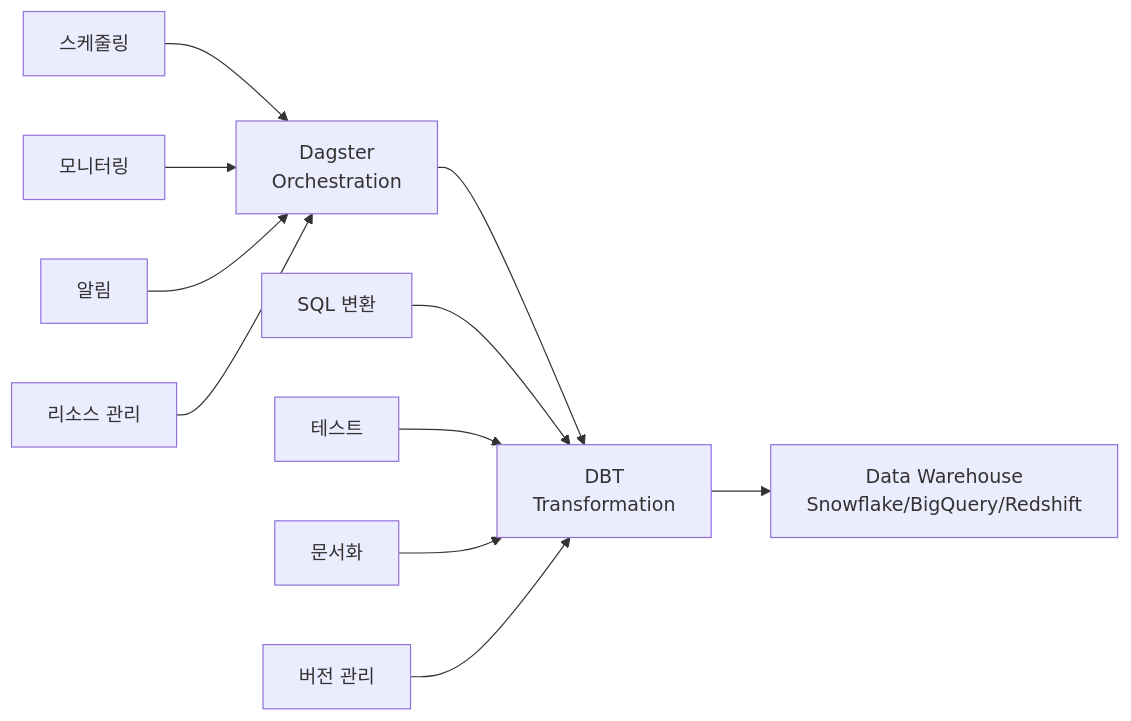
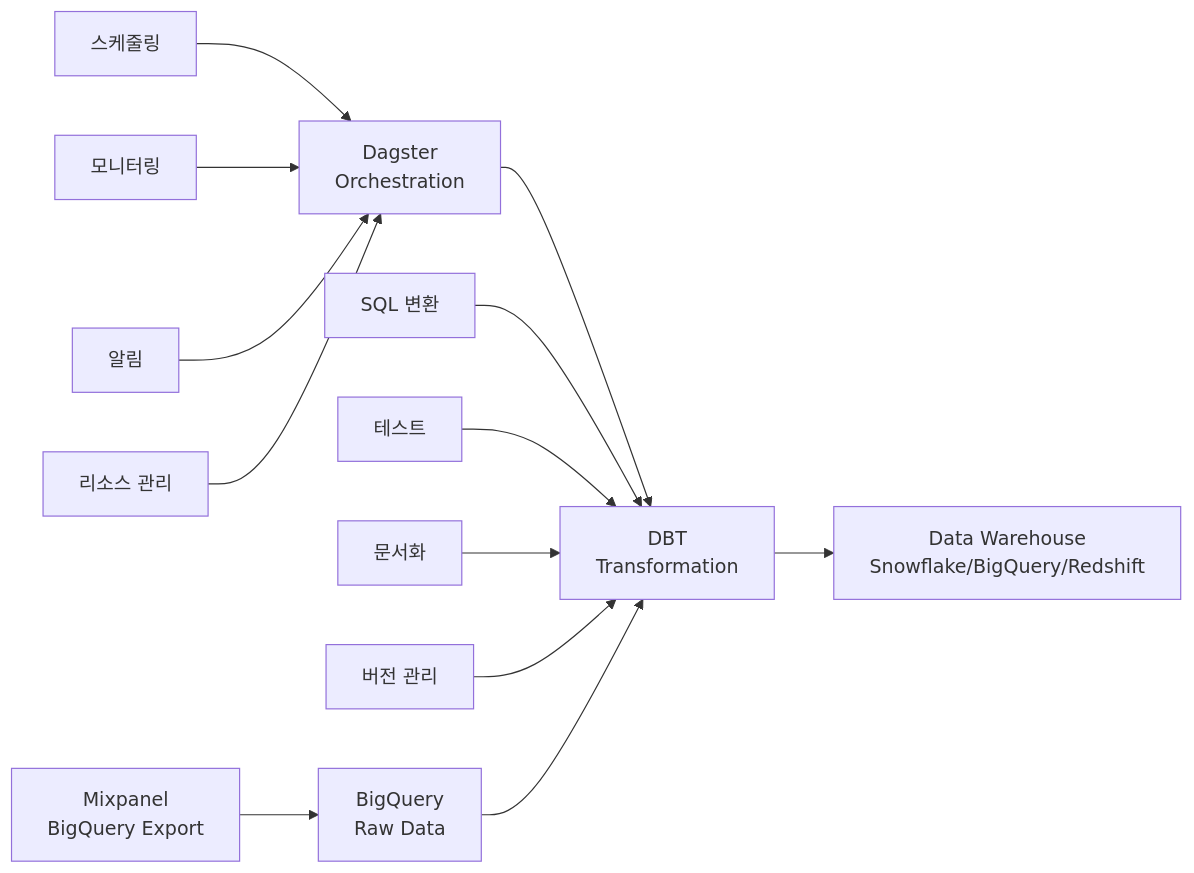
One commit to easdkr/tech-blog changed the second of 6 diagrams in docs/posts/data-engineering/dagster-basics.md. Above: the diagram before and after it, drawn with Mermaid. The commit also changed other lines of this file and 1 other file, not shown here.

````diff
--- a/docs/posts/data-engineering/dagster-basics.md
+++ b/docs/posts/data-engineering/dagster-basics.md
@@ -638,15 +638,18 @@
 ```mermaid
 graph LR
     A[Dagster<br/>Orchestration] --> B[DBT<br/>Transformation]
     B --> C[Data Warehouse<br/>Snowflake/BigQuery/Redshift]
     
     A1[스케줄링] --> A
     A2[모니터링] --> A
     A3[알림] --> A
     A4[리소스 관리] --> A
     
     B1[SQL 변환] --> B
     B2[테스트] --> B
     B3[문서화] --> B
     B4[버전 관리] --> B
+    
+    D[Mixpanel<br/>BigQuery Export] --> E[BigQuery<br/>Raw Data]
+    E --> B
 ```
````
